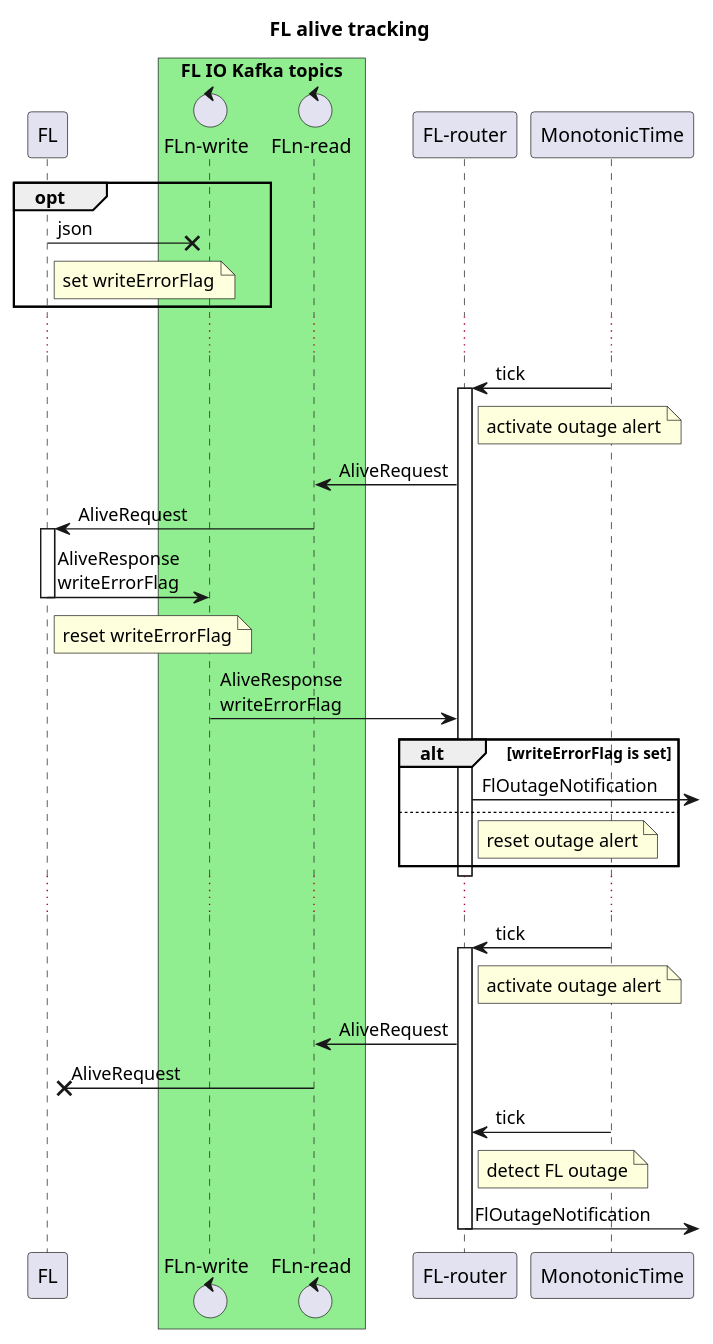
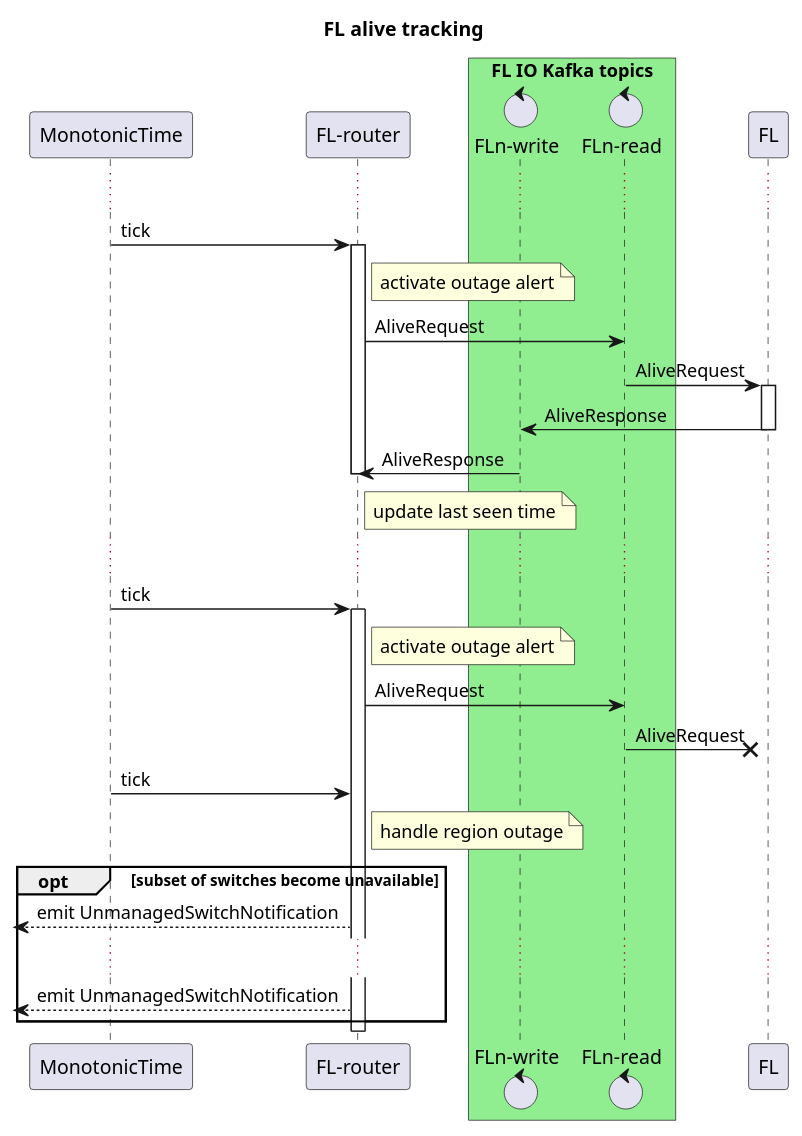
The diagram in docs/design/fl-parallelism/fl-alive-tracking.puml (telstra/open-kilda), drawn with PlantUML before and after one commit. The commit also changed 10 other files, not shown here.

```diff
--- a/docs/design/fl-parallelism/fl-alive-tracking.puml
+++ b/docs/design/fl-parallelism/fl-alive-tracking.puml
@@ -1,48 +1,43 @@
 @startuml
 title FL alive tracking
 
-participant FL
+participant MonotonicTime as Time
+participant "FL-router" as fl_router
 
 box "FL IO Kafka topics" #LightGreen
 control "FLn-write" as fl_write.kafka
 control "FLn-read" as fl_read.kafka
 end box
 
-participant "FL-router" as fl_router
-participant MonotonicTime as Time
+participant FL
 
-opt
-    FL ->X fl_write.kafka: json
-    note right of FL: set writeErrorFlag
-end
 ...
 
 Time -> fl_router: tick
 activate fl_router
 note right of fl_router: activate outage alert
 fl_router -> fl_read.kafka: AliveRequest
 fl_read.kafka -> FL: AliveRequest
 activate FL
-FL -> fl_write.kafka: AliveResponse\nwriteErrorFlag
-note right of FL: reset writeErrorFlag
+FL -> fl_write.kafka: AliveResponse
 deactivate FL
-fl_write.kafka -> fl_router: AliveResponse\nwriteErrorFlag
-alt writeErrorFlag is set
-    fl_router -> : FlOutageNotification
-else
-    note right of fl_router: reset outage alert
-end
+fl_write.kafka -> fl_router: AliveResponse
+note right of fl_router: update last seen time
 deactivate fl_router
 ...
 Time -> fl_router: tick
 activate fl_router
 note right of fl_router: activate outage alert
 fl_router -> fl_read.kafka: AliveRequest
 fl_read.kafka ->X FL: AliveRequest
 
 Time -> fl_router: tick
-note right of fl_router: detect FL outage
-fl_router -> : FlOutageNotification
+note right of fl_router: handle region outage
+opt subset of switches become unavailable
+<-- fl_router: emit UnmanagedSwitchNotification
+...
+<-- fl_router: emit UnmanagedSwitchNotification
+end opt
 deactivate fl_router
 
 @enduml
```
